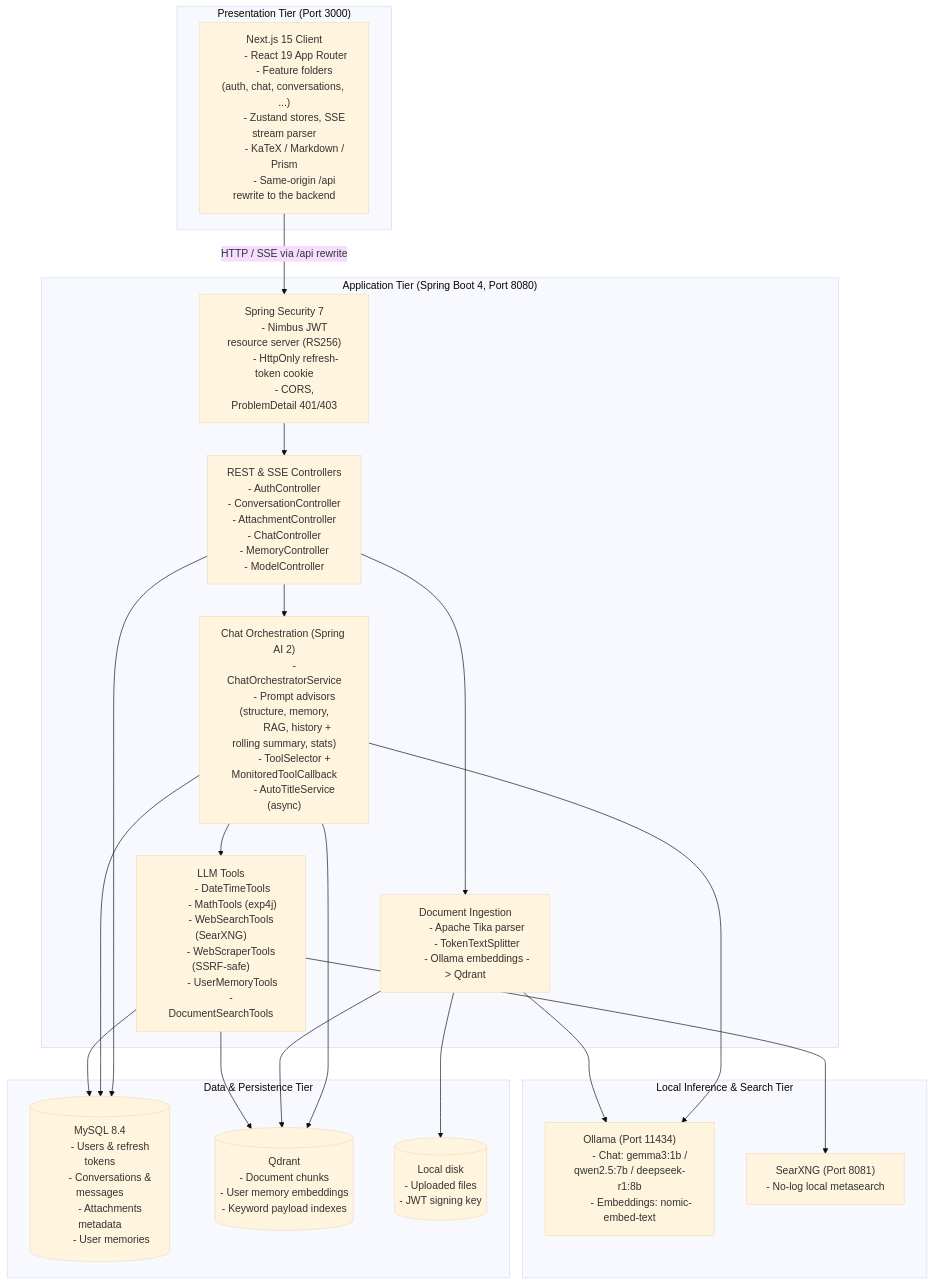
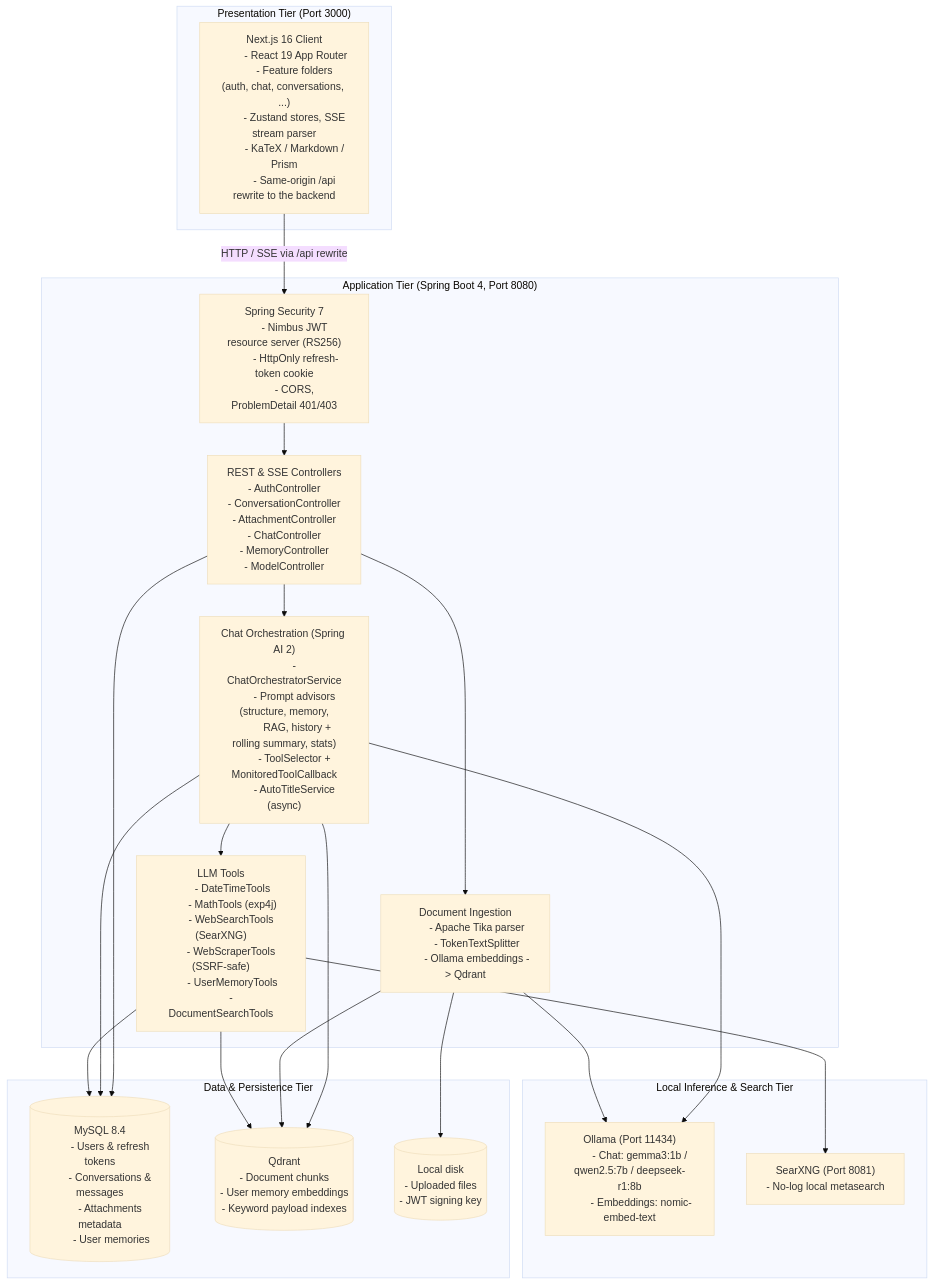
Before and after one commit to gitApurv/LocalMind: the second of 5 diagrams in docs/DESIGN.md, drawn with Mermaid (base theme). The commit also changed 23 other files, not shown here.

````diff
--- a/docs/DESIGN.md
+++ b/docs/DESIGN.md
@@ -63,7 +63,7 @@
 ```mermaid
 flowchart TD
     subgraph ClientTier["Presentation Tier (Port 3000)"]
-        Browser["Next.js 15 Client
+        Browser["Next.js 16 Client
         - React 19 App Router
         - Feature folders (auth, chat, conversations, ...)
         - Zustand stores, SSE stream parser
````
